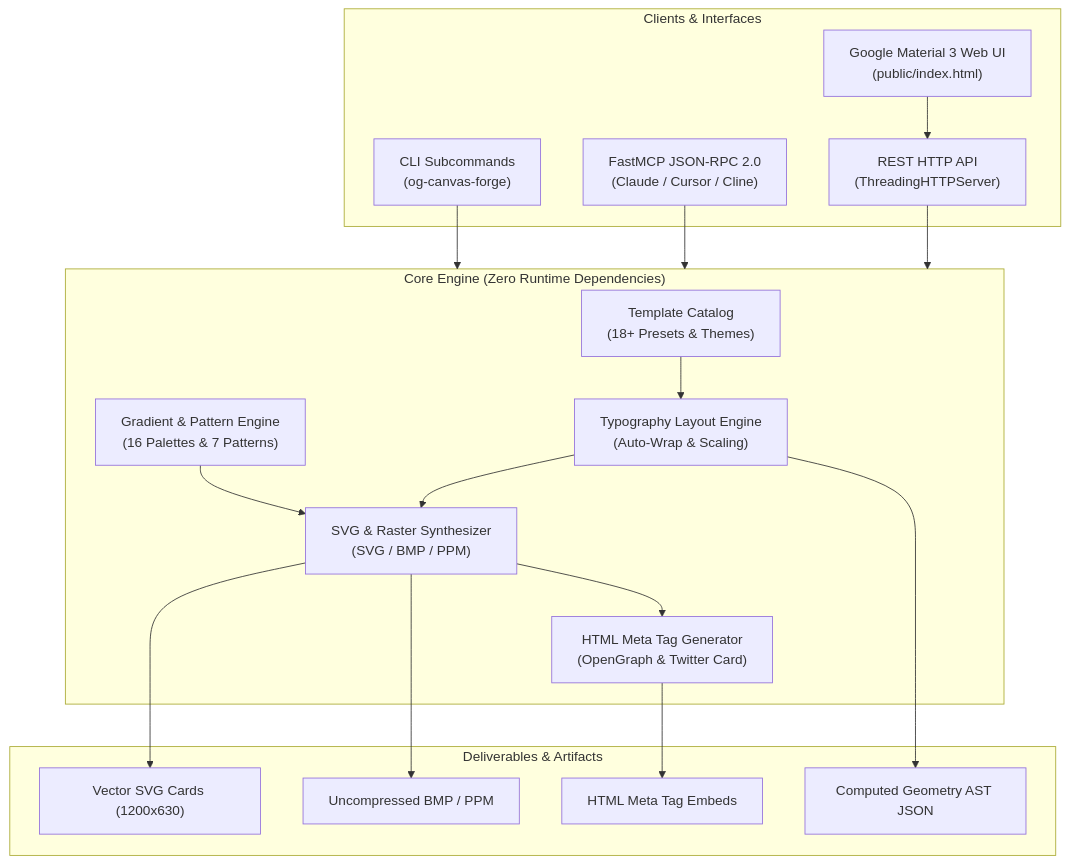
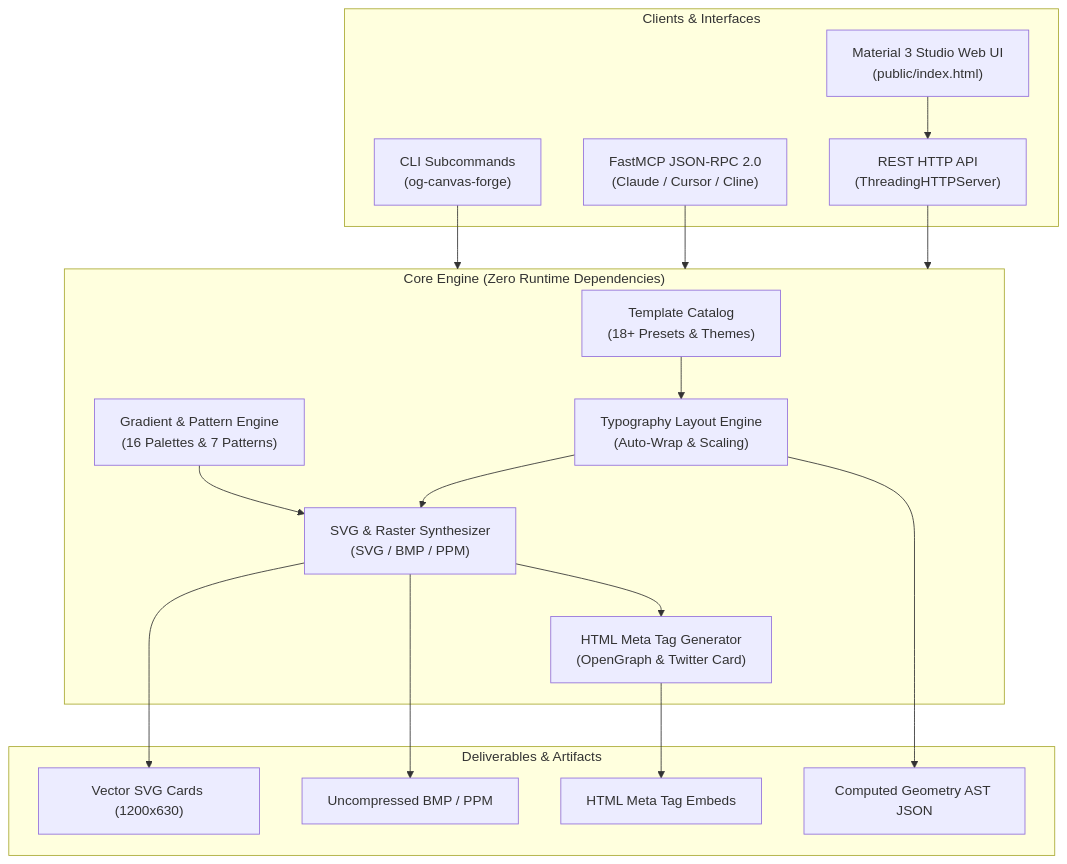
The diagram in README.md (1nc0gn30/og-canvas-forge), drawn with Mermaid before and after one commit. The commit also changed other lines of this file and 4 other files, not shown here.

Commit message:
refactor(branding): rebrand to OG Canvas Forge Studio with Material 3 design attribution

````diff
--- a/README.md
+++ b/README.md
@@ -31,36 +31,36 @@
 ```mermaid
 flowchart TD
     subgraph Client ["Clients & Interfaces"]
         CLI["CLI Subcommands\n(og-canvas-forge)"]
         MCP["FastMCP JSON-RPC 2.0\n(Claude / Cursor / Cline)"]
-        WebUI["Google Material 3 Web UI\n(public/index.html)"]
+        WebUI["Material 3 Studio Web UI\n(public/index.html)"]
         REST["REST HTTP API\n(ThreadingHTTPServer)"]
     end
 
     subgraph Core ["Core Engine (Zero Runtime Dependencies)"]
         Catalog["Template Catalog\n(18+ Presets & Themes)"]
         Layout["Typography Layout Engine\n(Auto-Wrap & Scaling)"]
         Gradients["Gradient & Pattern Engine\n(16 Palettes & 7 Patterns)"]
         CardGen["SVG & Raster Synthesizer\n(SVG / BMP / PPM)"]
         MetaGen["HTML Meta Tag Generator\n(OpenGraph & Twitter Card)"]
     end
 
     subgraph Output ["Deliverables & Artifacts"]
         SVGOut["Vector SVG Cards (1200x630)"]
         RasterOut["Uncompressed BMP / PPM"]
         HTMLOut["HTML Meta Tag Embeds"]
         JSONOut["Computed Geometry AST JSON"]
     end
 
     CLI --> Core
     MCP --> Core
     WebUI --> REST --> Core
 
     Catalog --> Layout
     Gradients --> CardGen
     Layout --> CardGen
     CardGen --> SVGOut
     CardGen --> RasterOut
     CardGen --> MetaGen --> HTMLOut
     Layout --> JSONOut
 ```
````
